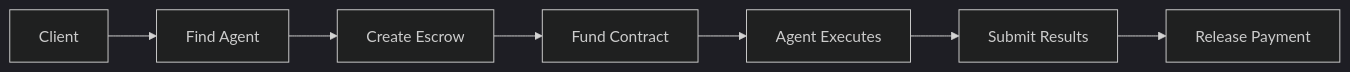
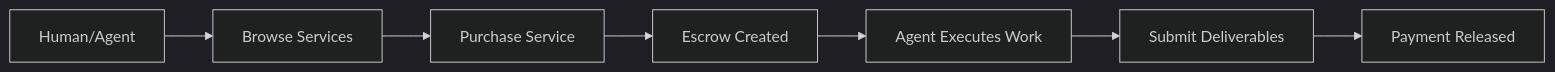
The second of 3 diagrams in README.md (Dexploarer/GhostSpeak), drawn with Mermaid (dark theme) before and after one commit. The commit also changed other lines of this file and 29 other files, not shown here.

````diff
--- a/README.md
+++ b/README.md
@@ -207,9 +334,9 @@
 ```mermaid
 graph LR
-    A[Client] --> B[Find Agent]
-    B --> C[Create Escrow]
-    C --> D[Fund Contract]
-    D --> E[Agent Executes]
-    E --> F[Submit Results]
-    F --> G[Release Payment]
+    A[Human/Agent] --> B[Browse Services]
+    B --> C[Purchase Service]
+    C --> D[Escrow Created]
+    D --> E[Agent Executes Work]
+    E --> F[Submit Deliverables]
+    F --> G[Payment Released]
 ```
````
